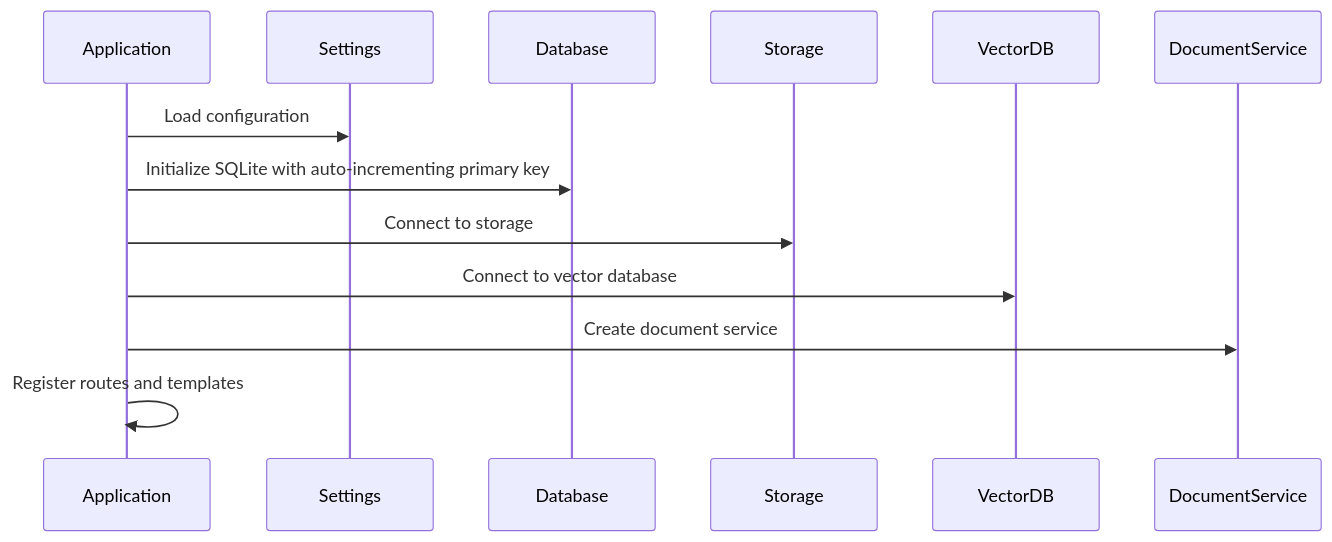
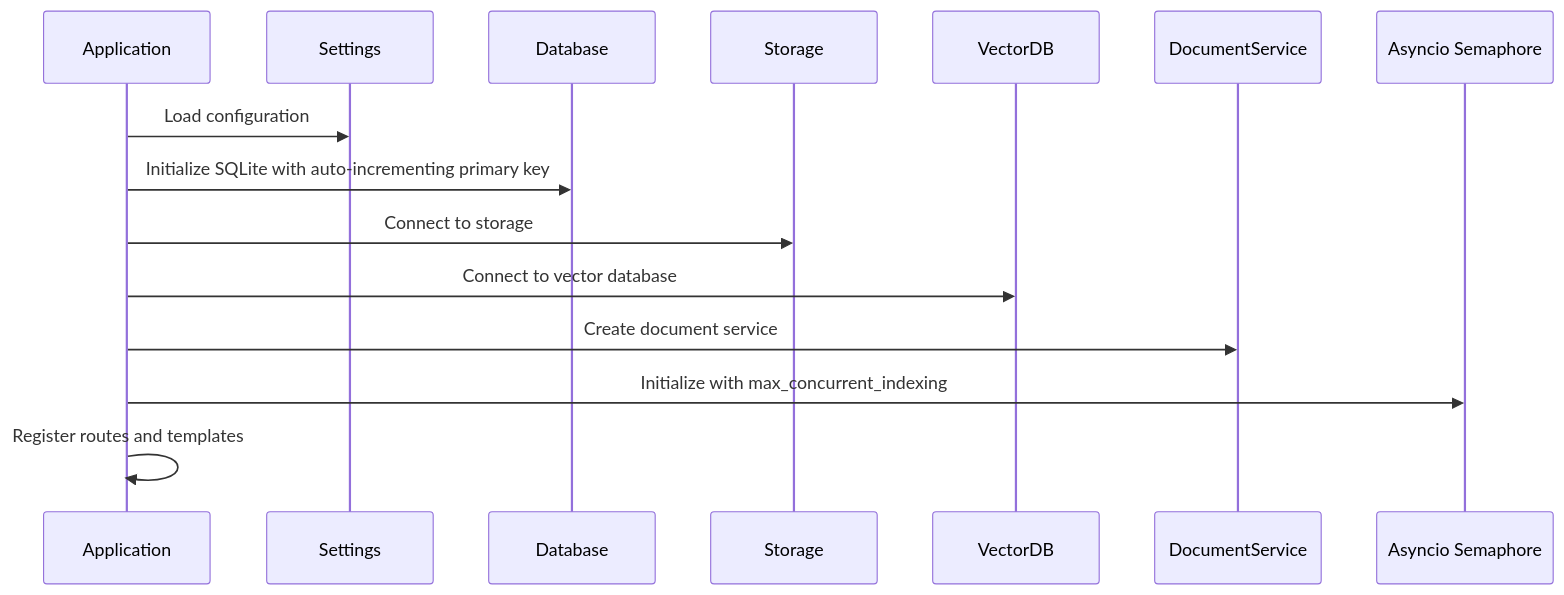
The second of 20 diagrams in .qoder/repowiki/en/content/Document Management System.md (ognelis/cafetera_hr_bot), drawn with Mermaid before and after one commit. The commit also changed other lines of this file and 7 other files, not shown here.

````diff
--- a/.qoder/repowiki/en/content/Document Management System.md
+++ b/.qoder/repowiki/en/content/Document Management System.md
@@ -170,15 +173,17 @@
 ```mermaid
 sequenceDiagram
 participant App as Application
 participant Config as Settings
 participant DB as Database
 participant S3 as Storage
 participant Qdrant as VectorDB
 participant Service as DocumentService
+participant Semaphore as Asyncio Semaphore
 App->>Config : Load configuration
 App->>DB : Initialize SQLite with auto-incrementing primary key
 App->>S3 : Connect to storage
 App->>Qdrant : Connect to vector database
 App->>Service : Create document service
+App->>Semaphore : Initialize with max_concurrent_indexing
 App->>App : Register routes and templates
 ```
````
